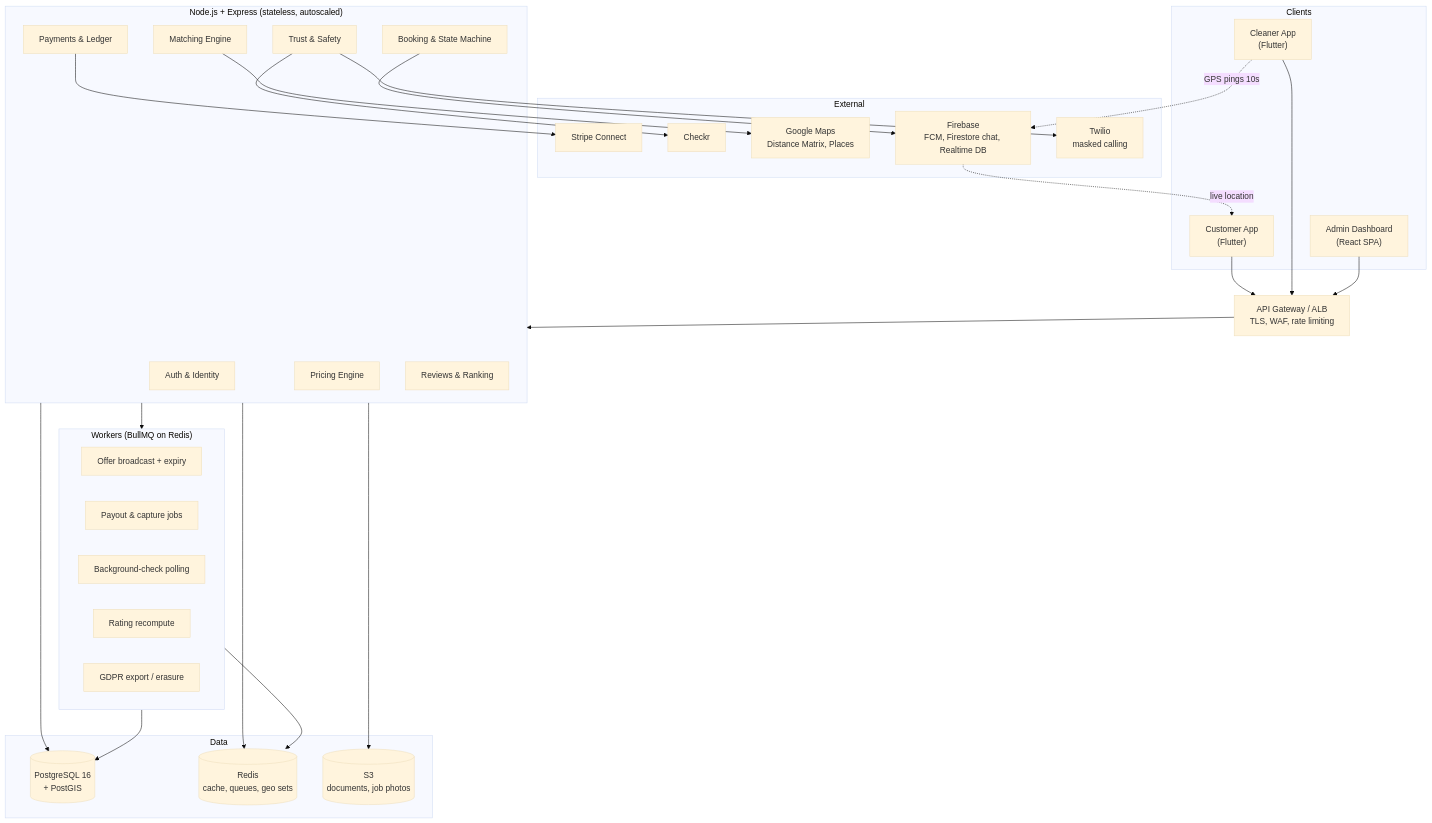
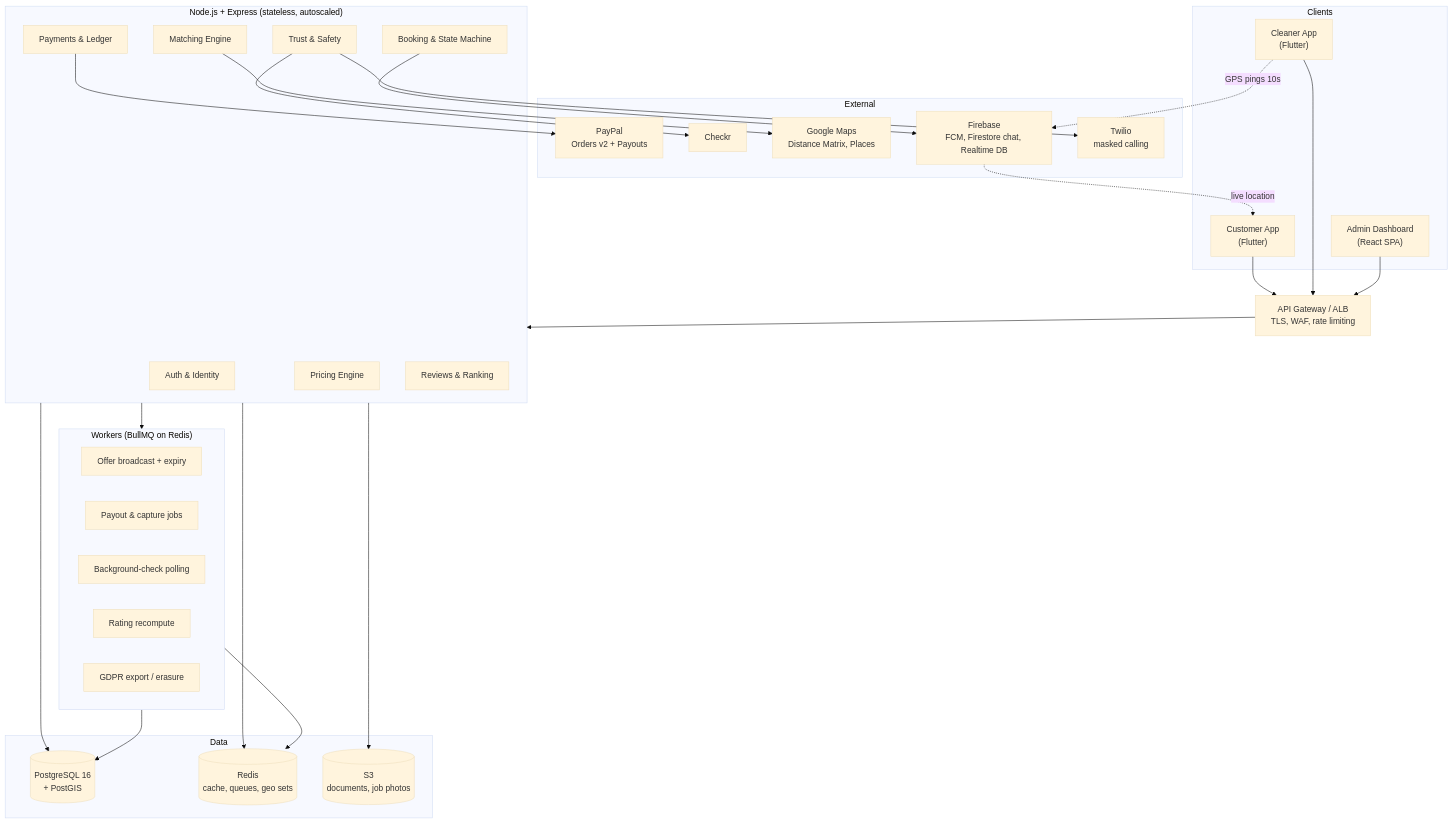
One commit to rupanaalbert/app-cleaner changed the first of 2 diagrams in README.md. Above: the diagram before and after it, drawn with Mermaid (base theme). The commit also changed other lines of this file and 48 other files, not shown here.

````diff
--- a/README.md
+++ b/README.md
@@ -40,53 +40,53 @@
 ```mermaid
 flowchart TB
     subgraph Clients
         CA["Customer App<br/>(Flutter)"]
         CL["Cleaner App<br/>(Flutter)"]
         AD["Admin Dashboard<br/>(React SPA)"]
     end
 
     GW["API Gateway / ALB<br/>TLS, WAF, rate limiting"]
 
     subgraph API["Node.js + Express (stateless, autoscaled)"]
         AUTH["Auth &amp; Identity"]
         BOOK["Booking &amp; State Machine"]
         MATCH["Matching Engine"]
         PRICE["Pricing Engine"]
         PAY["Payments &amp; Ledger"]
         TRUST["Trust &amp; Safety"]
         REV["Reviews &amp; Ranking"]
     end
 
     subgraph Async["Workers (BullMQ on Redis)"]
         W1["Offer broadcast + expiry"]
         W2["Payout &amp; capture jobs"]
         W3["Background-check polling"]
         W4["Rating recompute"]
         W5["GDPR export / erasure"]
     end
 
     subgraph Data
         PG[("PostgreSQL 16<br/>+ PostGIS")]
         RD[("Redis<br/>cache, queues, geo sets")]
         S3[("S3<br/>documents, job photos")]
     end
 
     subgraph External
-        ST["Stripe Connect"]
+        PP["PayPal<br/>Orders v2 + Payouts"]
         CK["Checkr"]
         GM["Google Maps<br/>Distance Matrix, Places"]
         FB["Firebase<br/>FCM, Firestore chat, Realtime DB"]
         TW["Twilio<br/>masked calling"]
     end
 
     CA & CL & AD --> GW --> API
     API --> PG & RD & S3
     API --> Async
     Async --> PG & RD
-    PAY --> ST
+    PAY --> PP
     TRUST --> CK & TW
     MATCH --> GM
     BOOK --> FB
     CL -. "GPS pings 10s" .-> FB
     FB -. "live location" .-> CA
 ```
````
